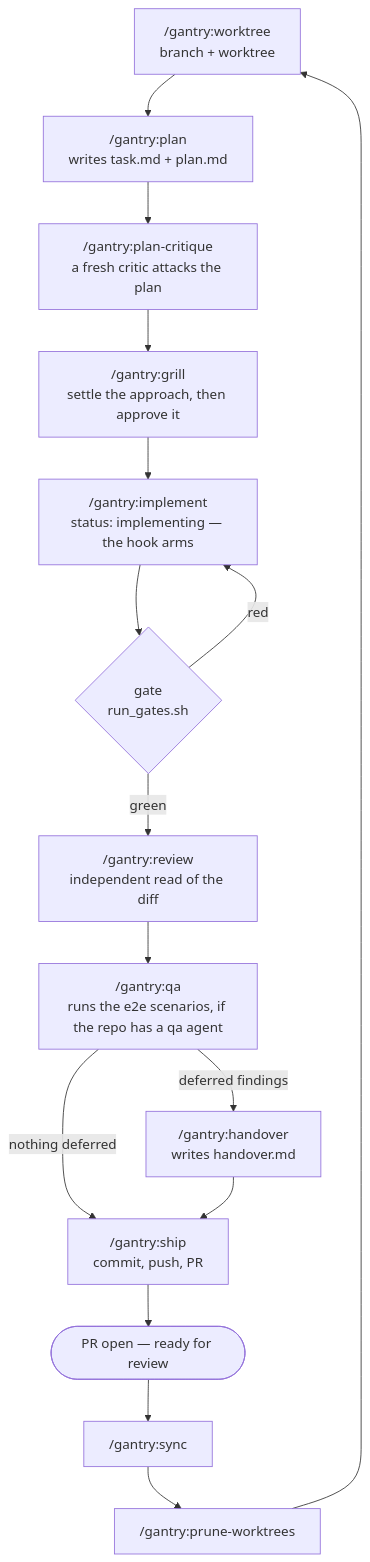
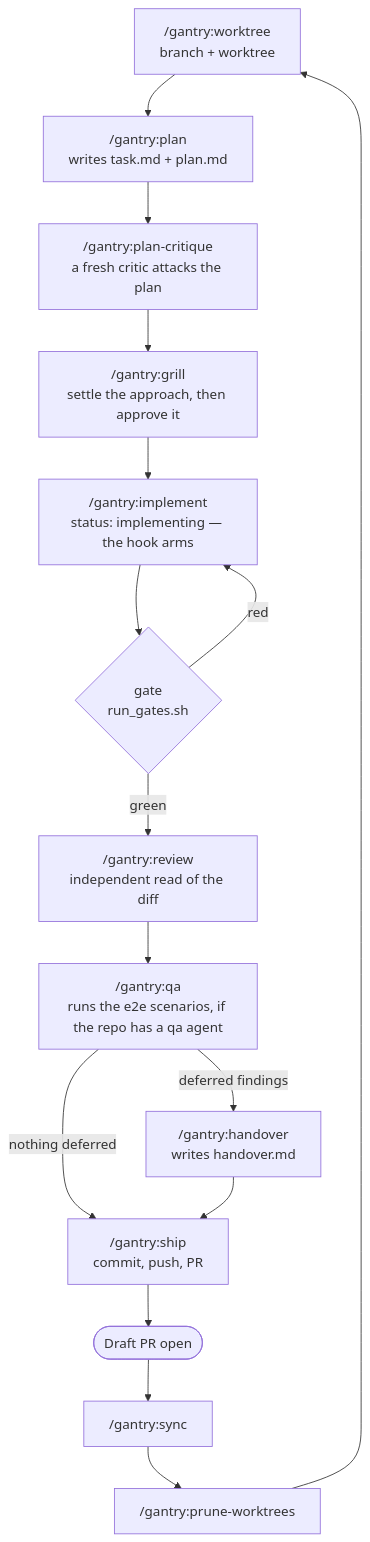
One commit to kostya-epifanov/claude-gantry changed the diagram in README.md. Above: the diagram before and after it, drawn with Mermaid. The commit also changed other lines of this file and 7 other files, not shown here.

First line of the commit message:
auto: drop the pre-ship checkpoint, open the PR as a draft

````diff
--- a/README.md
+++ b/README.md
@@ -67,18 +65,18 @@
 ```mermaid
 flowchart TD
   W["/gantry:worktree<br/>branch + worktree"] --> P["/gantry:plan<br/>writes task.md + plan.md"]
   P --> C["/gantry:plan-critique<br/>a fresh critic attacks the plan"]
   C --> G["/gantry:grill<br/>settle the approach, then approve it"]
   G --> I["/gantry:implement<br/>status: implementing — the hook arms"]
   I --> GATE{"gate<br/>run_gates.sh"}
   GATE -- "red" --> I
   GATE -- "green" --> R["/gantry:review<br/>independent read of the diff"]
   R --> Q["/gantry:qa<br/>runs the e2e scenarios, if the repo has a qa agent"]
   Q -- "deferred findings" --> H["/gantry:handover<br/>writes handover.md"]
   Q -- "nothing deferred" --> S["/gantry:ship<br/>commit, push, PR"]
   H --> S
-  S --> PR(["PR open — ready for review"])
+  S --> PR(["Draft PR open"])
   PR --> SY["/gantry:sync"]
   SY --> PW["/gantry:prune-worktrees"]
   PW --> W
 ```
````
